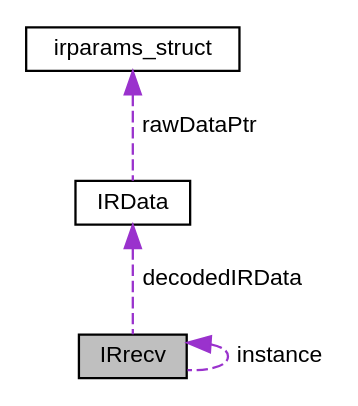
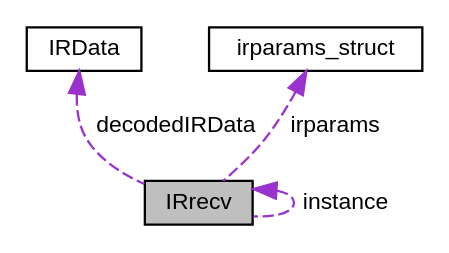
One commit to Arduino-IRremote/Arduino-IRremote changed the diagram in docs/classIRrecv__coll__graph.dot. Above: the diagram before and after it, drawn with Graphviz. The commit also changed 359 other files, not shown here.

```diff
--- a/docs/classIRrecv__coll__graph.dot
+++ b/docs/classIRrecv__coll__graph.dot
@@ -1,12 +1,12 @@
 digraph "IRrecv"
 {
  // LATEX_PDF_SIZE
   edge [fontname="Helvetica",fontsize="10",labelfontname="Helvetica",labelfontsize="10"];
   node [fontname="Helvetica",fontsize="10",shape=record];
-  Node1 [label="IRrecv",height=0.2,width=0.4,color="black", fillcolor="grey75", style="filled", fontcolor="black",tooltip="Main class for receiving IR signals."];
+  Node1 [label="IRrecv",height=0.2,width=0.4,color="black", fillcolor="grey75", style="filled", fontcolor="black",tooltip=" "];
   Node2 -> Node1 [dir="back",color="darkorchid3",fontsize="10",style="dashed",label=" decodedIRData" ,fontname="Helvetica"];
   Node2 [label="IRData",height=0.2,width=0.4,color="black", fillcolor="white", style="filled",URL="$structIRData.html",tooltip="Data structure for the user application, available as decodedIRData."];
-  Node3 -> Node2 [dir="back",color="darkorchid3",fontsize="10",style="dashed",label=" rawDataPtr" ,fontname="Helvetica"];
-  Node3 [label="irparams_struct",height=0.2,width=0.4,color="black", fillcolor="white", style="filled",URL="$structirparams__struct.html",tooltip="This struct contains the data and control used for receiver static functions and the ISR (interrupt s..."];
+  Node3 -> Node1 [dir="back",color="darkorchid3",fontsize="10",style="dashed",label=" irparams" ,fontname="Helvetica"];
+  Node3 [label="irparams_struct",height=0.2,width=0.4,color="black", fillcolor="white", style="filled",URL="$structirparams__struct.html",tooltip="This struct contains the data and control used for receiver functions and the ISR (interrupt service ..."];
   Node1 -> Node1 [dir="back",color="darkorchid3",fontsize="10",style="dashed",label=" instance" ,fontname="Helvetica"];
 }
```
